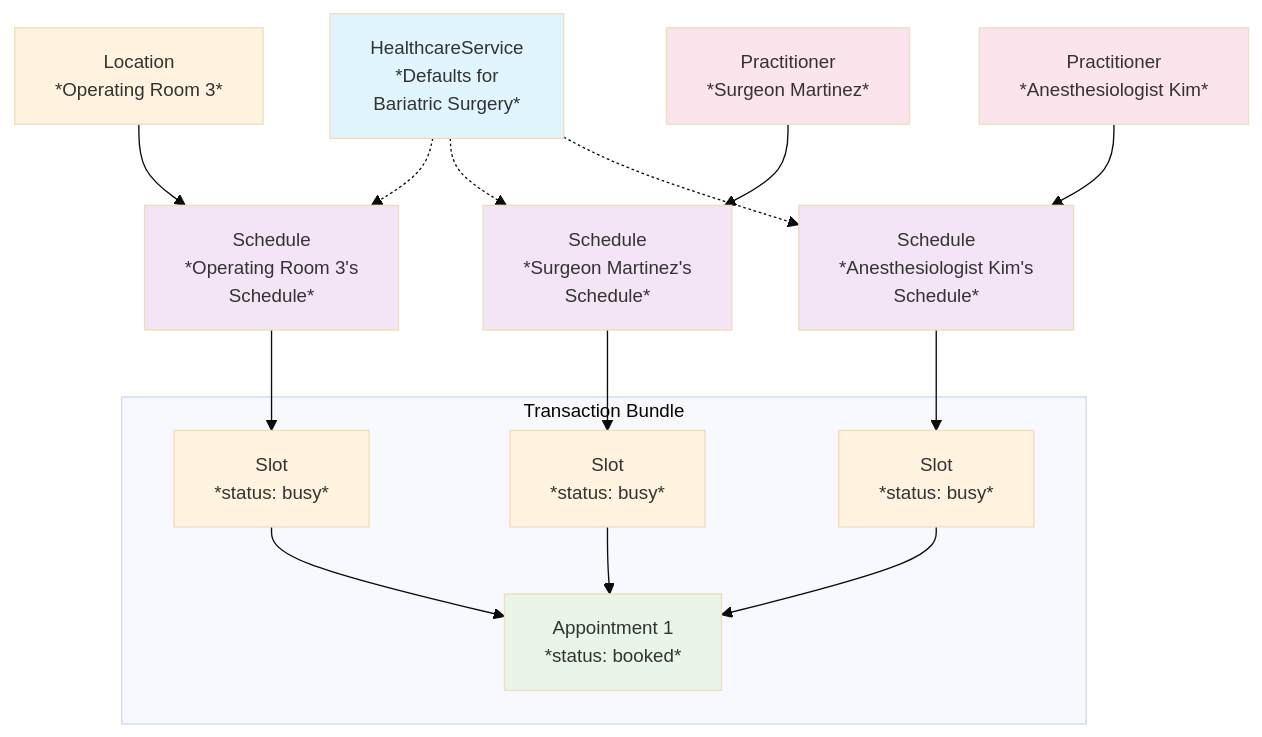
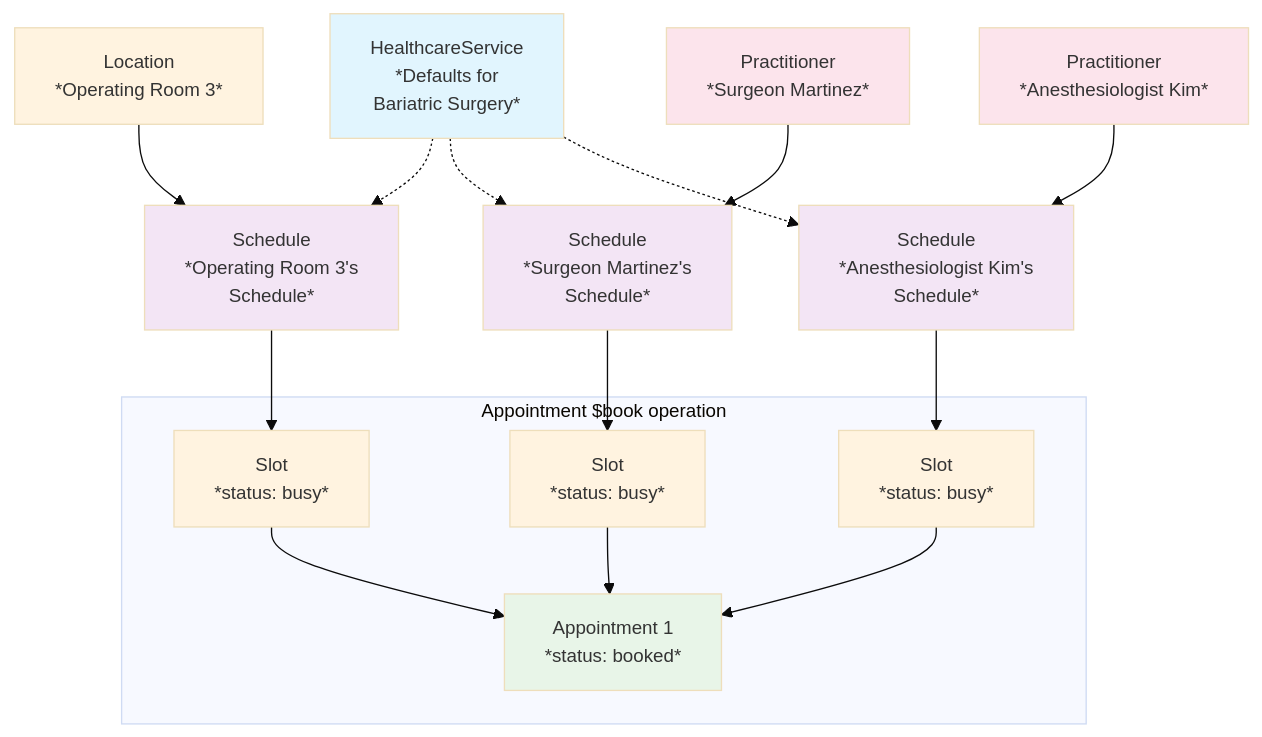
One commit to medplum/medplum changed the fourth of 5 diagrams in packages/docs/docs/scheduling/defining-availability.md. Above: the diagram before and after it, drawn with Mermaid. The commit also changed other lines of this file and 44 other files, not shown here.

Commit message:
docs: clarify hosted transaction bundle availability

````diff
--- a/packages/docs/docs/scheduling/defining-availability.md
+++ b/packages/docs/docs/scheduling/defining-availability.md
@@ -561,33 +561,33 @@
 ```mermaid
 %%{init: {'theme':'base', 'themeVariables': {'fontSize':'14px'}, 'flowchart': {'useMaxWidth': false, 'htmlLabels': true}}}%%
 graph TD
     A[HealthcareService<br/>*Defaults for<br/>Bariatric Surgery*] -.-> B1[Schedule<br/>*Operating Room 3's<br/>Schedule*]
     A -.-> B2[Schedule<br/>*Surgeon Martinez's<br/>Schedule*]
     A -.-> B3[Schedule<br/>*Anesthesiologist Kim's<br/>Schedule*]
 
     C1[Location<br/>*Operating Room 3*] --> B1
     C2[Practitioner<br/>*Surgeon Martinez*] --> B2
     C3[Practitioner<br/>*Anesthesiologist Kim*] --> B3
 
     B1 --> D1[Slot<br/>*status: busy*]
     B2 --> D2[Slot<br/>*status: busy*]
     B3 --> D3[Slot<br/>*status: busy*]
 
-    subgraph "Transaction Bundle"
+    subgraph "Appointment $book operation"
         D1 --> E1[Appointment 1<br/>*status: booked*]
         D2 --> E1
         D3 --> E1
     end
 
     style A fill:#e1f5fe
     style B1 fill:#f3e5f5
     style B2 fill:#f3e5f5
     style B3 fill:#f3e5f5
     style C1 fill:#fff3e0
     style C2 fill:#fce4ec
     style C3 fill:#fce4ec
     style D1 fill:#fff3e0
     style D2 fill:#fff3e0
     style D3 fill:#fff3e0
     style E1 fill:#e8f5e8
 ```
````
